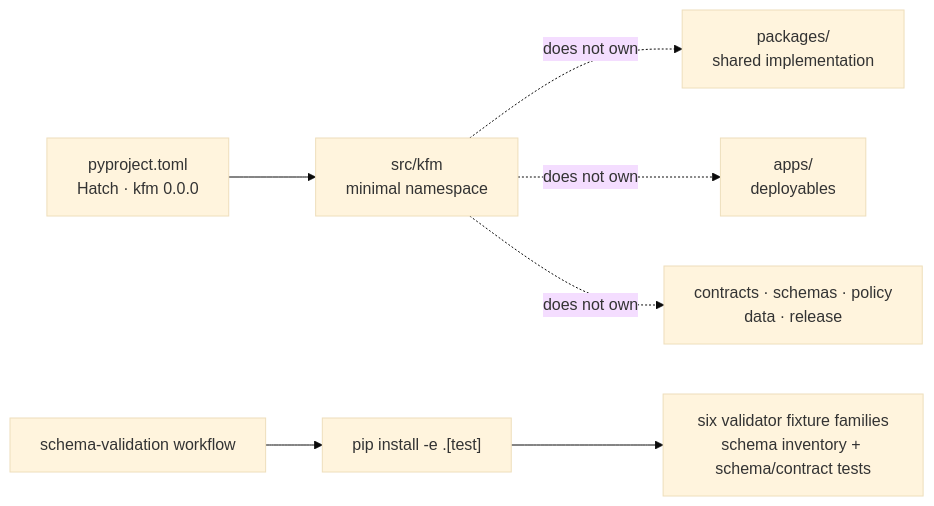
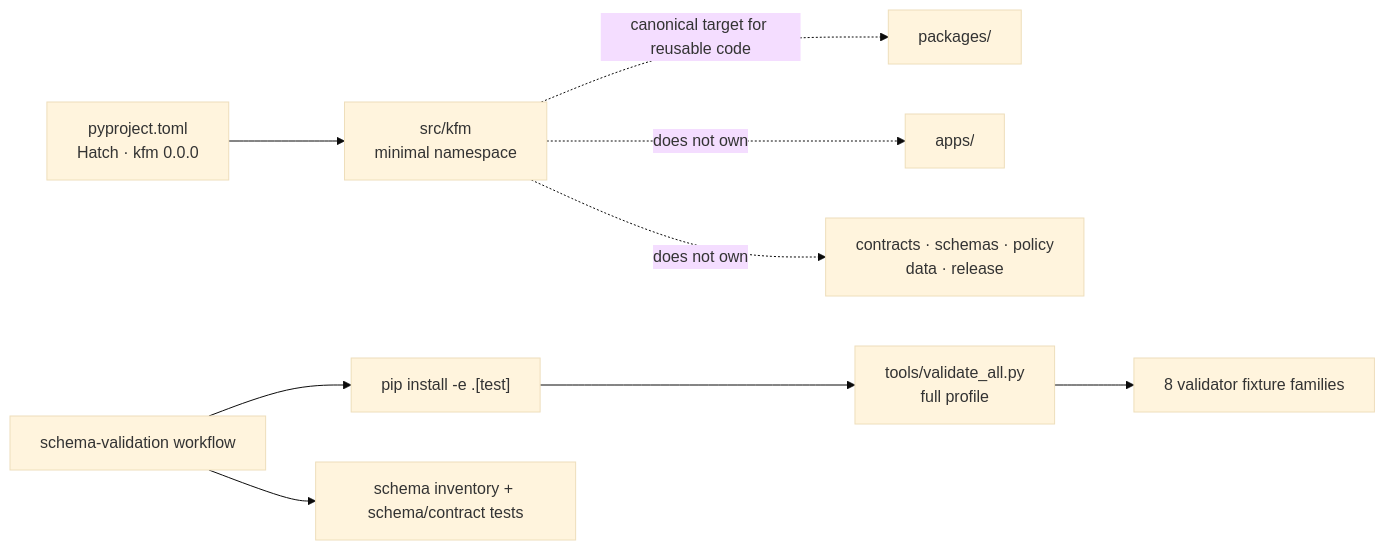
The diagram in src/README.md (bartytime4life/Kansas-Frontier-Matrix), drawn with Mermaid (base theme) before and after one commit. The commit also changed other lines of this file, not shown here.

Commit message:
docs(src): align root README with Directory Rules v2

````diff
--- a/src/README.md
+++ b/src/README.md
@@ -588,10 +638,12 @@
 ```mermaid
 flowchart LR
     PY["pyproject.toml<br/>Hatch · kfm 0.0.0"] --> SRC["src/kfm<br/>minimal namespace"]
     CI["schema-validation workflow"] --> INSTALL["pip install -e .[test]"]
-    INSTALL --> VALIDATE["six validator fixture families<br/>schema inventory + schema/contract tests"]
+    INSTALL --> ORCH["tools/validate_all.py<br/>full profile"]
+    ORCH --> V["8 validator fixture families"]
+    CI --> ST["schema inventory + schema/contract tests"]
 
-    SRC -. "does not own" .-> PKG["packages/<br/>shared implementation"]
-    SRC -. "does not own" .-> APPS["apps/<br/>deployables"]
+    SRC -. "canonical target for reusable code" .-> PKG["packages/"]
+    SRC -. "does not own" .-> APPS["apps/"]
     SRC -. "does not own" .-> TRUST["contracts · schemas · policy<br/>data · release"]
 ```
````
